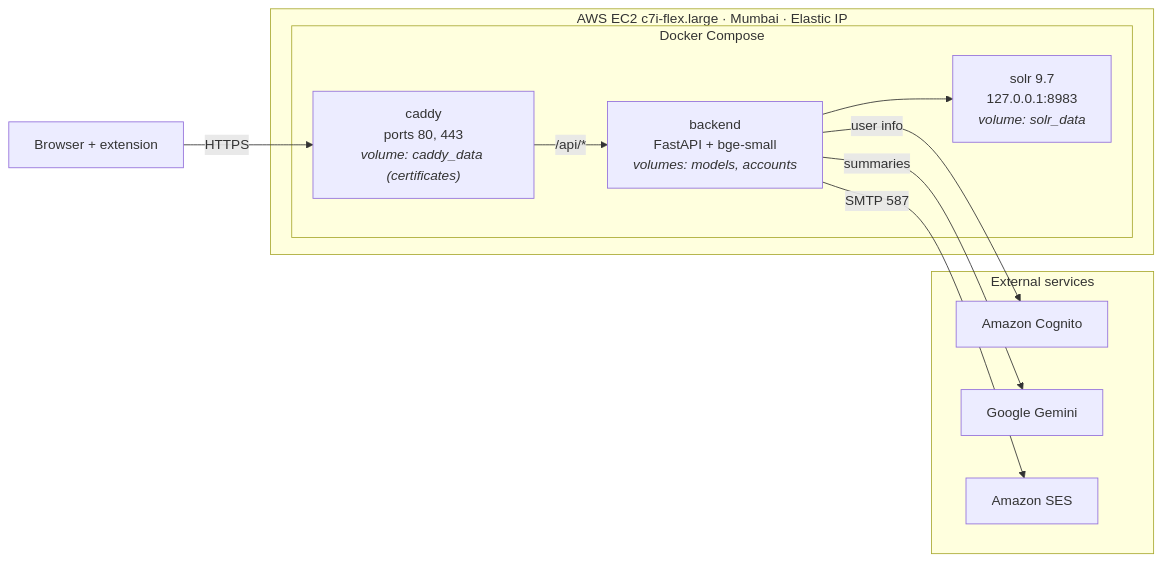
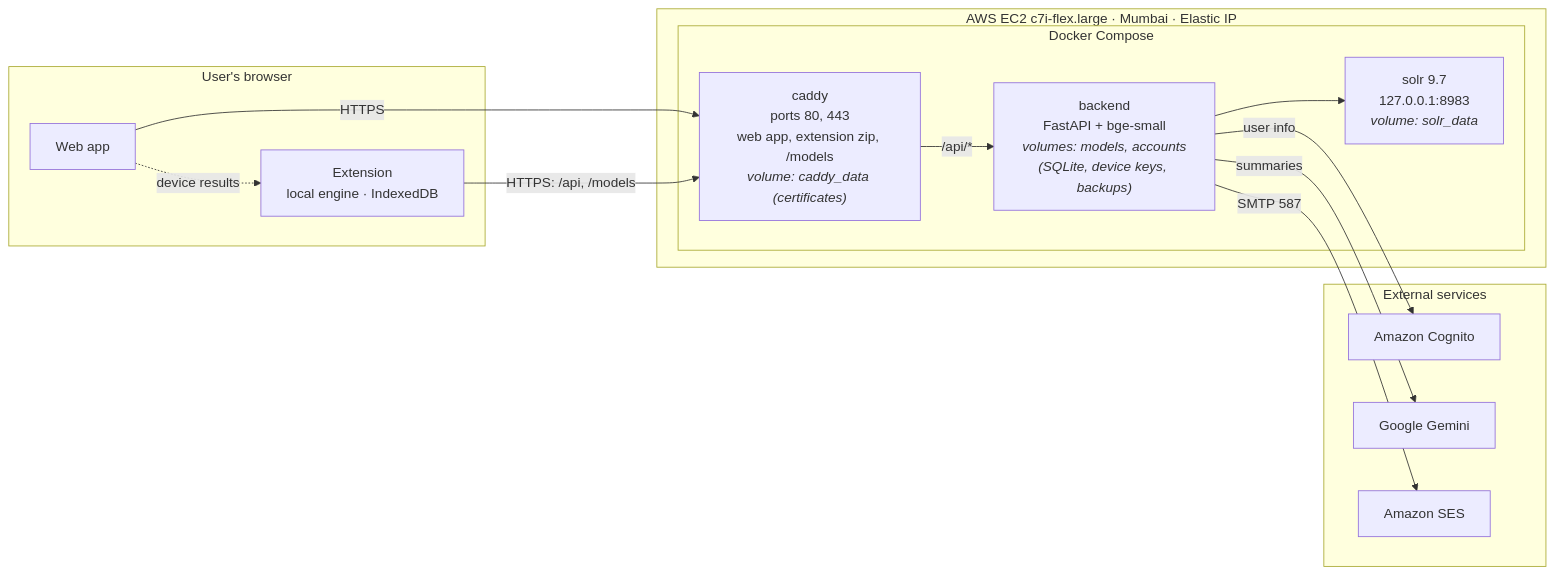
Before and after one commit to rabeeh18/ucs503p-202627-MemoryLane: the diagram in docs/development/deployment.md, drawn with Mermaid. The commit also changed 20 other files, not shown here.

First line of the commit message:
Diagrams: device storage and IndexedDB in docs and report

````diff
--- a/docs/development/deployment.md
+++ b/docs/development/deployment.md
@@ -13,25 +13,30 @@
 ```mermaid
 flowchart LR
-    users["Browser + extension"]
+    subgraph browser["User's browser"]
+        users["Web app"]
+        ext["Extension<br/>local engine · IndexedDB"]
+    end
 
     subgraph ec2["AWS EC2 c7i-flex.large · Mumbai · Elastic IP"]
         subgraph compose["Docker Compose"]
-            caddy["caddy<br/>ports 80, 443<br/><i>volume: caddy_data (certificates)</i>"]
-            backend["backend<br/>FastAPI + bge-small<br/><i>volumes: models, accounts</i>"]
+            caddy["caddy<br/>ports 80, 443<br/>web app, extension zip, /models<br/><i>volume: caddy_data (certificates)</i>"]
+            backend["backend<br/>FastAPI + bge-small<br/><i>volumes: models, accounts<br/>(SQLite, device keys, backups)</i>"]
             solr["solr 9.7<br/>127.0.0.1:8983<br/><i>volume: solr_data</i>"]
         end
     end
 
     subgraph outside["External services"]
         cognito["Amazon Cognito"]
         gemini["Google Gemini"]
         ses["Amazon SES"]
     end
 
     users -->|"HTTPS"| caddy
+    ext -->|"HTTPS: /api, /models"| caddy
+    users -.->|"device results"| ext
     caddy -->|"/api/*"| backend
     backend --> solr
     backend -->|"user info"| cognito
     backend -->|"summaries"| gemini
     backend -->|"SMTP 587"| ses
 ```
````
